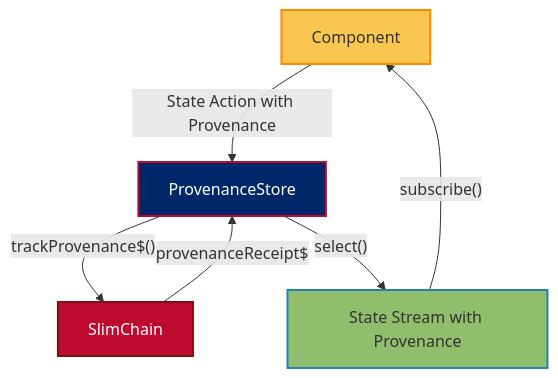
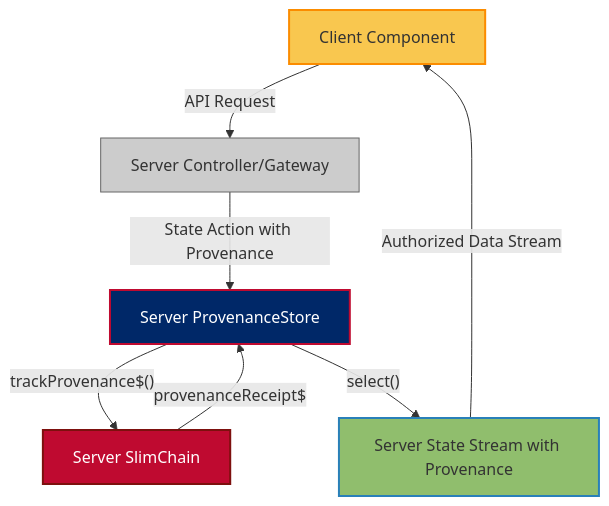
One commit to JeffreySanford/forge-board changed the second of 7 diagrams in forgeboard-frontend/src/assets/documentation/CODING-STANDARDS.md. Above: the diagram before and after it, drawn with Mermaid. The commit also changed other lines of this file and 53 other files, not shown here.

````diff
--- a/forgeboard-frontend/src/assets/documentation/CODING-STANDARDS.md
+++ b/forgeboard-frontend/src/assets/documentation/CODING-STANDARDS.md
@@ -54,13 +54,15 @@
 ```mermaid
 flowchart TD
-  Component[Component]:::component -->|"State Action with Provenance"| Store[ProvenanceStore]:::store
-  Store -->|"trackProvenance$()"| Chain[SlimChain]:::chain
-  Store -->|"select()"| Stream[State Stream with Provenance]:::state
-  Stream -->|"subscribe()"| Component
-  Chain -->|"provenanceReceipt$"| Store
+  ClientComponent[Client Component]:::component -->|"API Request"| ServerController[Server Controller/Gateway]:::server_entry
+  ServerController -->|"State Action with Provenance"| ServerStore[Server ProvenanceStore]:::store
+  ServerStore -->|"trackProvenance$()"| ServerChain[Server SlimChain]:::chain
+  ServerStore -->|"select()"| ServerStateStream[Server State Stream with Provenance]:::state
+  ServerStateStream -->|"Authorized Data Stream"| ClientComponent
+  ServerChain -->|"provenanceReceipt$"| ServerStore
   
   classDef component fill:#F9C74F,stroke:#FB8C00,stroke-width:2px;
+  classDef server_entry fill:#CCCCCC,stroke:#666666,stroke-width:1px;
   classDef store fill:#002868,stroke:#BF0A30,stroke-width:2px,color:#FFFFFF;
   classDef chain fill:#BF0A30,stroke:#7D100E,stroke-width:2px,color:#FFFFFF;
   classDef state fill:#90BE6D,stroke:#2980B9,stroke-width:2px;
 ```
````
